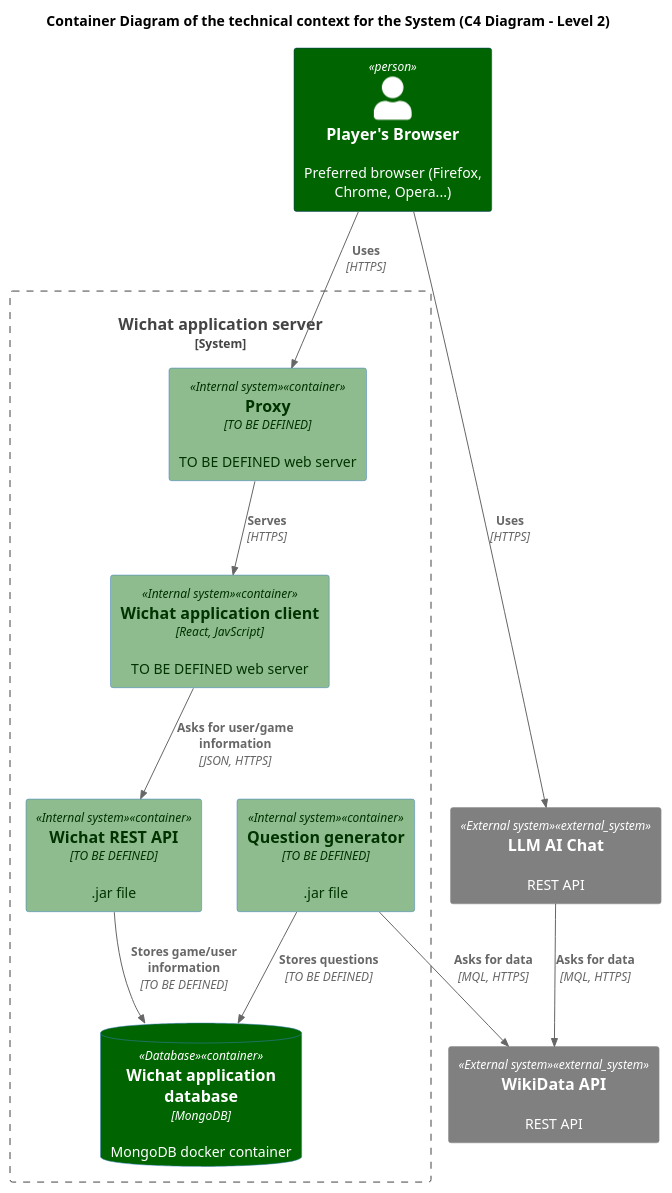
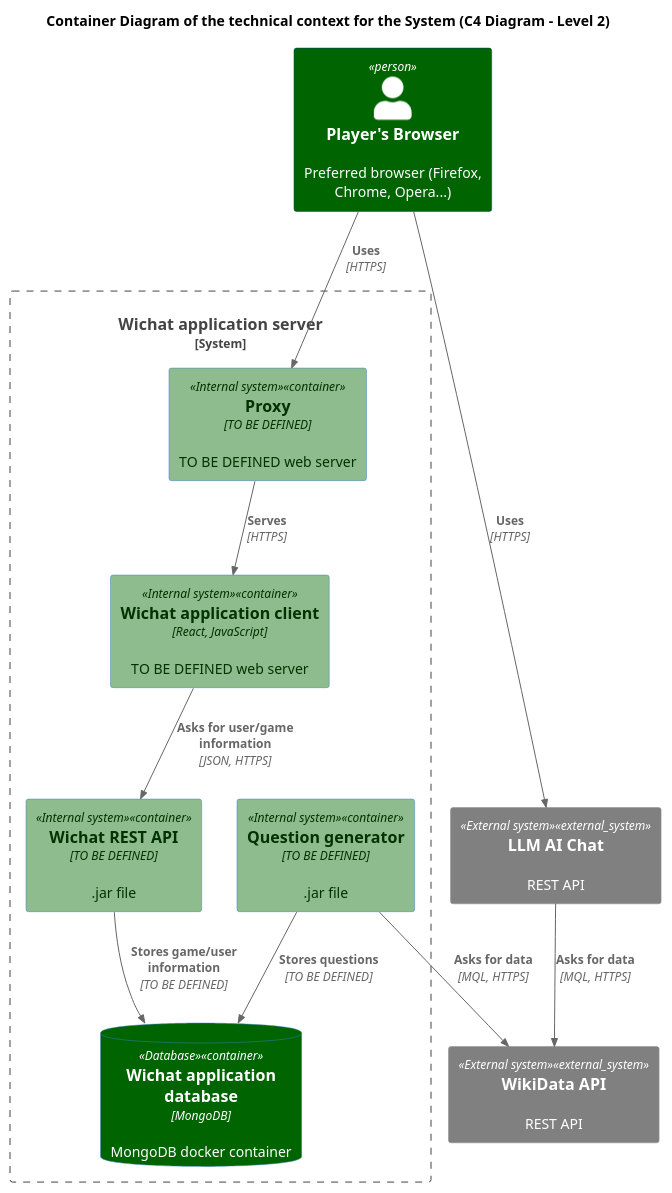
One commit to Arquisoft/wichat_en1a changed the diagram in docs/src/diagrams/C4_technical_context_diagram.puml. Above: the diagram before and after it, drawn with PlantUML. The commit also changed 1 other file, not shown here.

```diff
--- a/docs/src/diagrams/C4_technical_context_diagram.puml
+++ b/docs/src/diagrams/C4_technical_context_diagram.puml
@@ -1,33 +1,33 @@
 @startuml C4_Technical_Context_Diagram
 !includeurl https://raw.githubusercontent.com/RicardoNiepel/C4-PlantUML/master/C4_Container.puml
 !include <c4/C4_Context.puml>
 
 title Container Diagram of the technical context for the System (C4 Diagram - Level 2)
 AddElementTag("Person", $bgColor="#darkgreen", $fontColor="#white")
 AddElementTag("Internal system", $bgColor="#darkseagreen", $fontColor="#003300")
 AddElementTag("External system", $bgColor="#gray", $fontColor="#white")
 AddElementTag("Database", $bgColor="#darkgreen", $fontColor="#white")
 
 'Containers
 Person(player, Player's Browser, "Preferred browser (Firefox, Chrome, Opera...)")
 
 System_Boundary(wichat, "Wichat application server"){
     Container(proxy, "Proxy", "TO BE DEFINED", "TO BE DEFINED web server", $tags="Internal system")
-    Container(web_app, "Wichat application client", "React, JavScript", "TO BE DEFINED web server", $tags="Internal system")
+    Container(web_app, "Wichat application client", "React, JavaScript", "TO BE DEFINED web server", $tags="Internal system")
     Container(backend_api, "Wichat REST API", "TO BE DEFINED", ".jar file", $tags="Internal system")
     Container(question_generator, "Question generator", "TO BE DEFINED", ".jar file", $tags="Internal system")
     ContainerDb(database, "Wichat application database", "MongoDB", "MongoDB docker container", $tags="Database")
 }
 System_Ext(wikidata, "WikiData API", "REST API", $tags="External system")
 System_Ext(llm, "LLM AI Chat", "REST API", $tags="External system")
 
 'RELATIONS
 Rel(player, proxy, "Uses", "HTTPS")
 Rel(player, llm, "Uses", "HTTPS")
 Rel(proxy, web_app, "Serves", "HTTPS")
 Rel(question_generator, wikidata, "Asks for data", "MQL, HTTPS")
 Rel(llm, wikidata, "Asks for data", "MQL, HTTPS")
 Rel(web_app, backend_api, "Asks for user/game information", "JSON, HTTPS")
 Rel(question_generator, database, "Stores questions", "TO BE DEFINED")
 Rel(backend_api, database, "Stores game/user information", "TO BE DEFINED")
 @enduml
```
